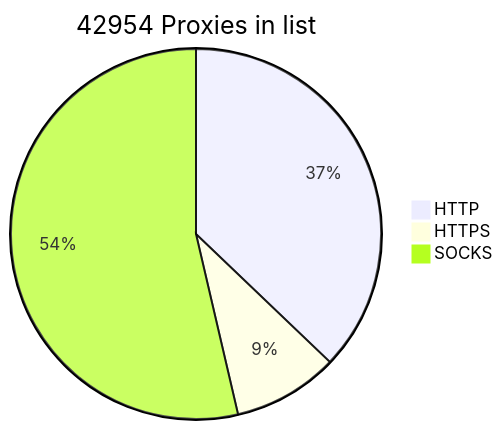
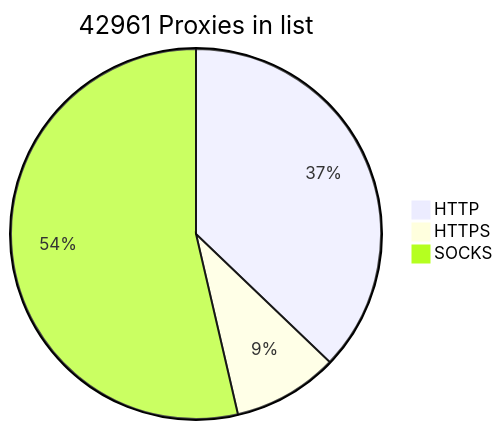
One commit to BlackSnowDot/proxylist-update-every-minute changed the diagram in README.md. Above: the diagram before and after it, drawn with Mermaid. The commit also changed other lines of this file, not shown here.

````diff
--- a/README.md
+++ b/README.md
@@ -2,6 +2,6 @@
 ```mermaid
-pie title 42954 Proxies in list
-    "HTTP" : 17357
-    "HTTPS": 4303
+pie title 42961 Proxies in list
+    "HTTP" : 17363
+    "HTTPS": 4305
     "SOCKS" : 25069
 ```
````
